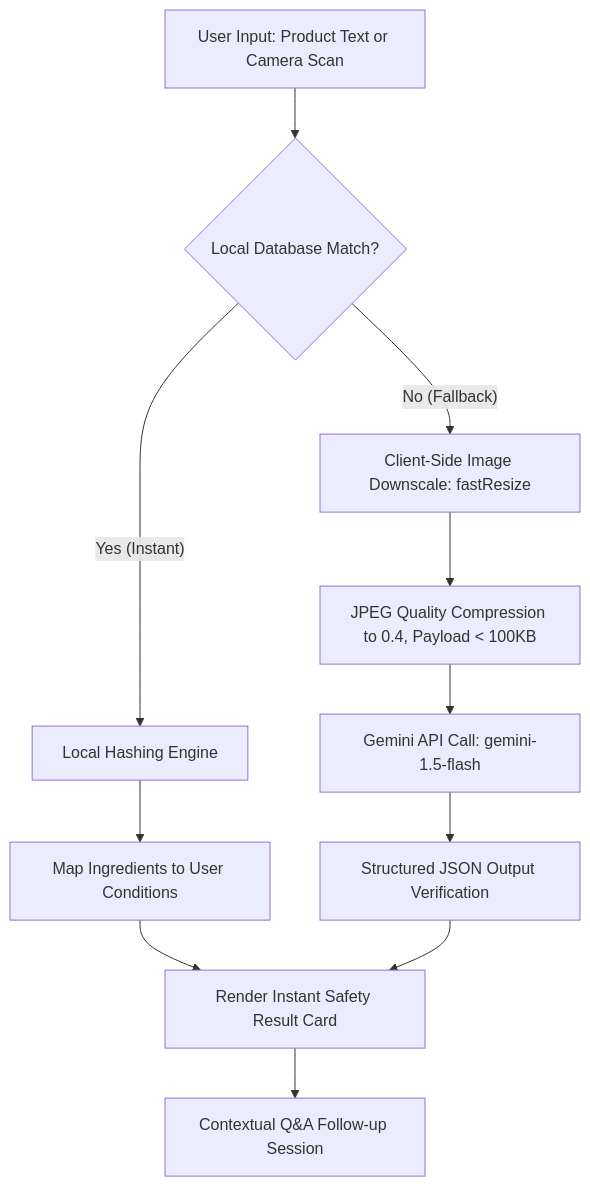
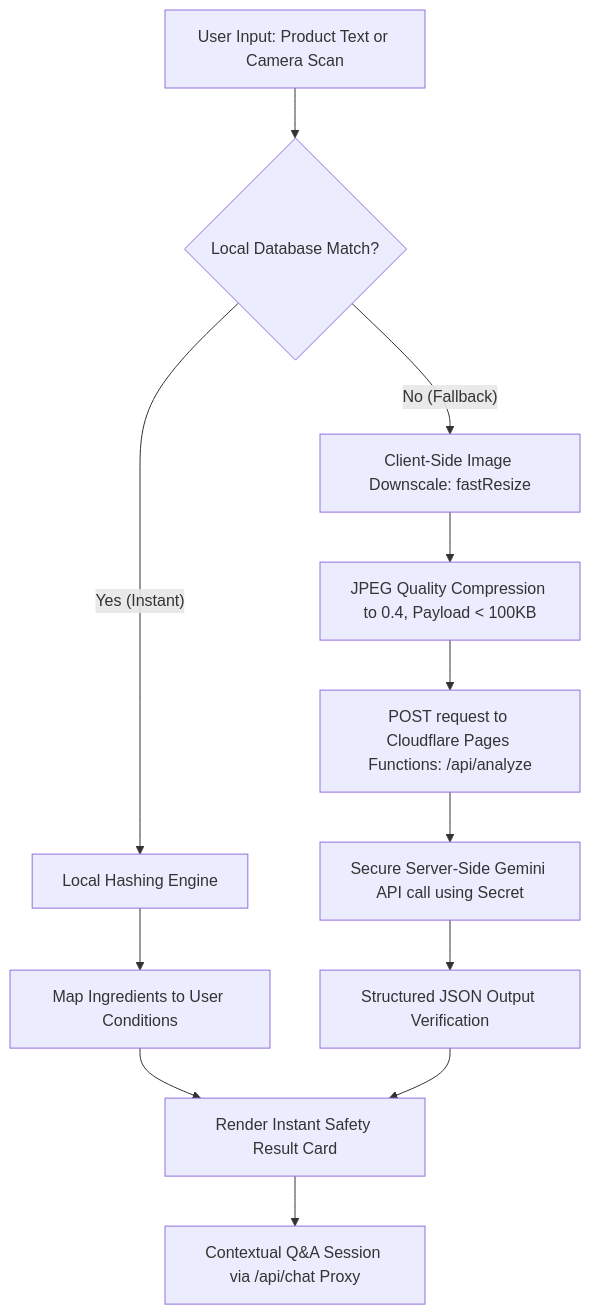
One commit to angdulu/safe-scan-app changed the diagram in README.md. Above: the diagram before and after it, drawn with Mermaid. The commit also changed other lines of this file and 3 other files, not shown here.

Commit message:
feat(safescan): integrate serverless Pages Functions backend proxy for secure, zero-exposure Gemini API queries

````diff
--- a/README.md
+++ b/README.md
@@ -13,15 +13,16 @@
 ```mermaid
 graph TD
     A[User Input: Product Text or Camera Scan] --> B{Local Database Match?}
     B -- Yes (Instant) --> C[Local Hashing Engine]
     C --> D[Map Ingredients to User Conditions]
     D --> E[Render Instant Safety Result Card]
     
     B -- No (Fallback) --> F[Client-Side Image Downscale: fastResize]
     F --> G[JPEG Quality Compression to 0.4, Payload < 100KB]
-    G --> H[Gemini API Call: gemini-1.5-flash]
-    H --> I[Structured JSON Output Verification]
-    I --> E
+    G --> H[POST request to Cloudflare Pages Functions: /api/analyze]
+    H --> I[Secure Server-Side Gemini API call using Secret]
+    I --> J[Structured JSON Output Verification]
+    J --> E
     
-    E --> J[Contextual Q&A Follow-up Session]
+    E --> K[Contextual Q&A Session via /api/chat Proxy]
 ```
````
